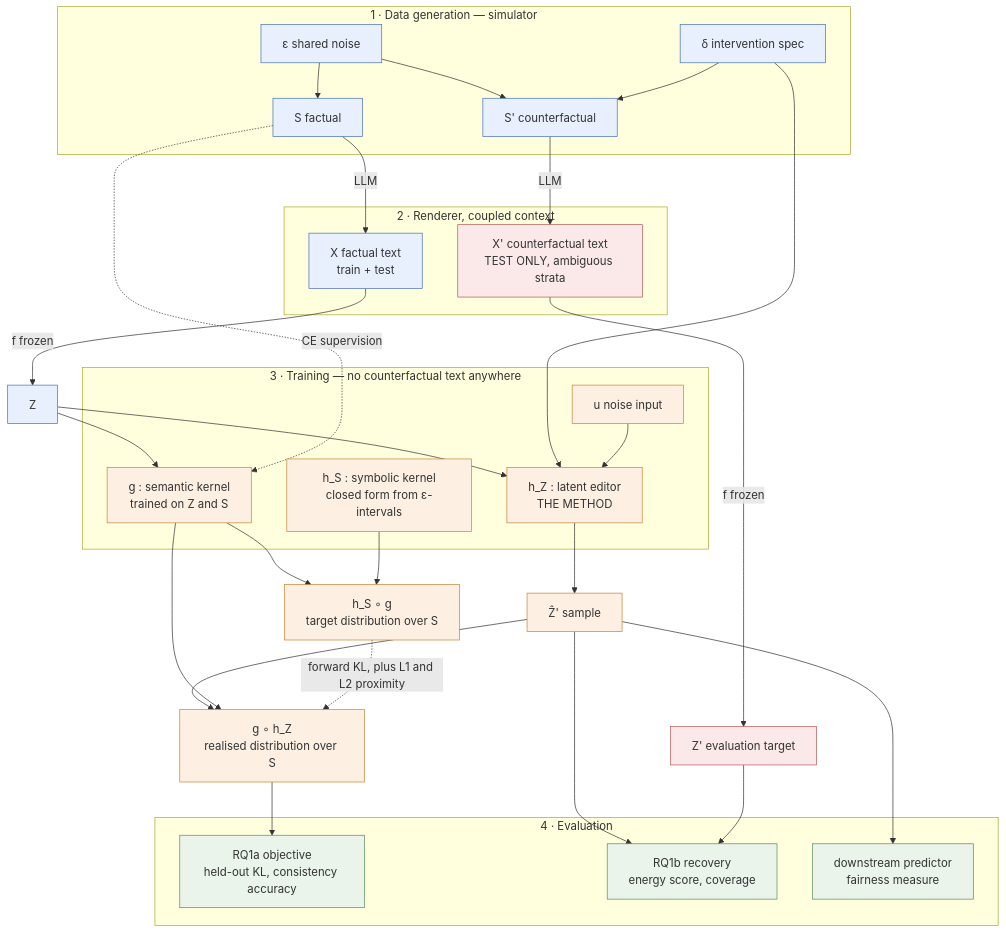
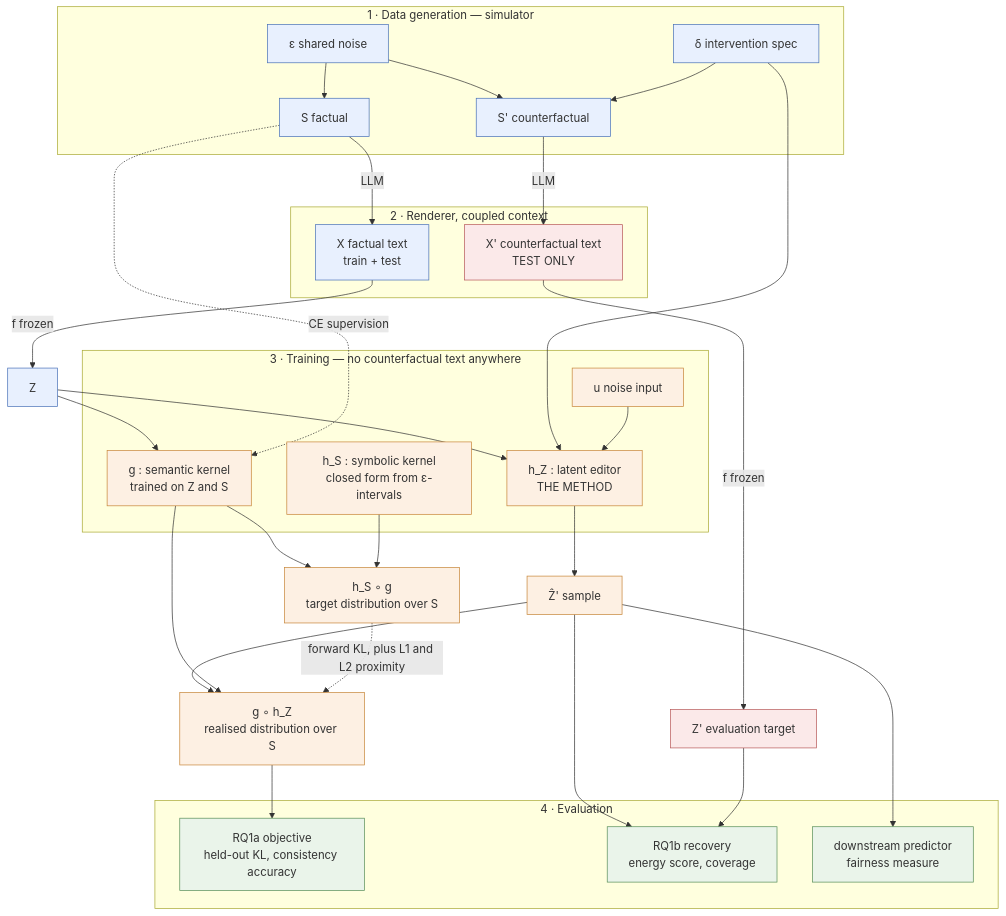
The diagram in docs/experiments.md (kestelnadomu/latent_intervention), drawn with Mermaid before and after one commit. The commit also changed other lines of this file and 1 other file, not shown here.

````diff
--- a/docs/experiments.md
+++ b/docs/experiments.md
@@ -158,60 +157,60 @@
 ```mermaid
 flowchart TB
     subgraph GEN["1 · Data generation — simulator"]
         EPS["ε shared noise"]
         DO["δ intervention spec"]
         SF["S factual"]
         SC["S' counterfactual"]
         EPS --> SF
         EPS --> SC
         DO --> SC
     end
 
     subgraph TXT["2 · Renderer, coupled context"]
         XF["X factual text<br/>train + test"]
-        XC["X' counterfactual text<br/>TEST ONLY, ambiguous strata"]
+        XC["X' counterfactual text<br/>TEST ONLY"]
     end
     SF -->|LLM| XF
     SC -->|LLM| XC
 
     XF -->|"f frozen"| Z["Z"]
     XC -->|"f frozen"| ZP["Z' evaluation target"]
 
     subgraph TRAIN["3 · Training — no counterfactual text anywhere"]
         G["g : semantic kernel<br/>trained on Z and S"]
         HS["h_S : symbolic kernel<br/>closed form from ε-intervals"]
         HZ["h_Z : latent editor<br/>THE METHOD"]
         U["u noise input"]
     end
 
     Z --> G
     SF -.->|"CE supervision"| G
     G --> COMP1["h_S ∘ g<br/>target distribution over S"]
     HS --> COMP1
     Z --> HZ
     DO --> HZ
     U --> HZ
     HZ --> ZH["Ẑ' sample"]
     ZH --> COMP2["g ∘ h_Z<br/>realised distribution over S"]
     G --> COMP2
     COMP1 -.->|"forward KL, plus L1 and L2 proximity"| COMP2
 
     subgraph EVAL["4 · Evaluation"]
         E1["RQ1a objective<br/>held-out KL, consistency accuracy"]
         E2["RQ1b recovery<br/>energy score, coverage"]
         E3["downstream predictor<br/>fairness measure"]
     end
     COMP2 --> E1
     ZH --> E2
     ZP --> E2
     ZH --> E3
 
     classDef sim fill:#e8f0fe,stroke:#4a72b8
     classDef learn fill:#fdf0e3,stroke:#c8873a
     classDef eval fill:#eaf4ea,stroke:#5a8f5a
     classDef test fill:#fbe9e9,stroke:#b85a5a
     class EPS,DO,SF,SC,XF,Z sim
     class G,HS,HZ,U,COMP1,COMP2,ZH learn
     class E1,E2,E3 eval
     class XC,ZP test
 ```
````
